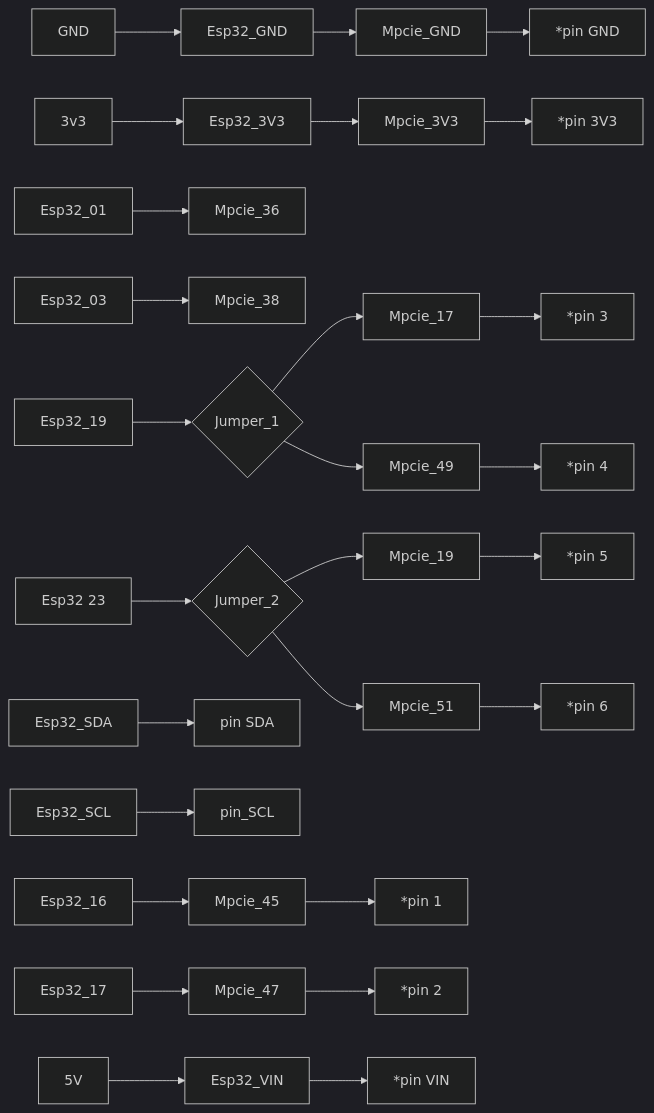
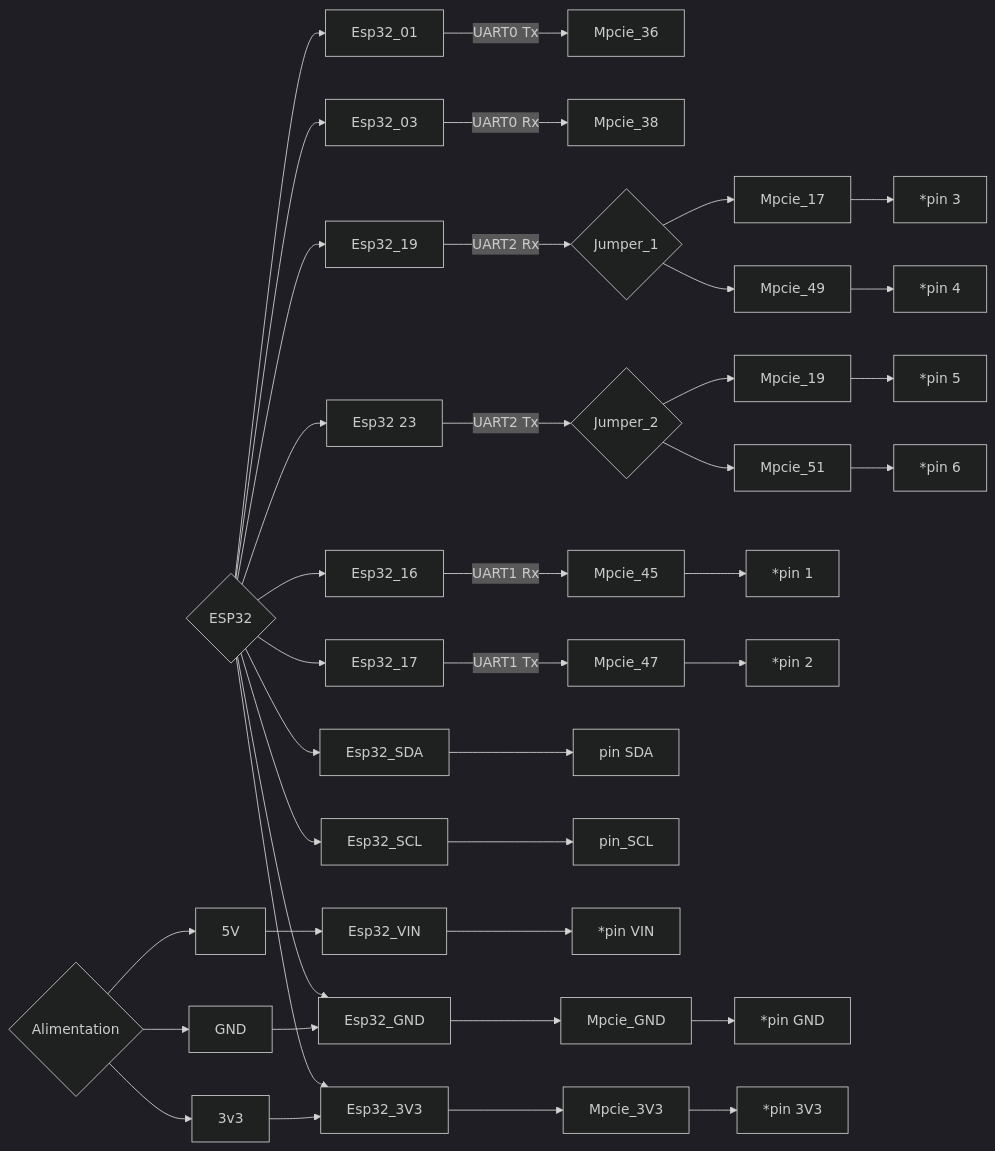
Before and after one commit to jancelin/RoverGNSS_RTK_BT_esp32_f9p: the diagram in v6/draft.md, drawn with Mermaid (dark theme).

````diff
--- a/v6/draft.md
+++ b/v6/draft.md
@@ -181,30 +181,46 @@
 ```mermaid
 flowchart LR
-    01[Esp32_01] --> 21[Mpcie_36]
-    02[Esp32_03] --> 22[Mpcie_38]
-    03[Esp32_16] --> 23[Mpcie_45]
+    00{ESP32}
+    00 --> 01
+    00 --> 02
+    00 --> 03
+    00 --> 04
+    00 --> 05
+    00 --> 06
+    00 --> 07
+    00 --> 08
+    00 --> 09
+    00 --> 10
+    01[Esp32_01] -->|UART0 Tx| 21[Mpcie_36]
+    02[Esp32_03] -->|UART0 Rx| 22[Mpcie_38]
+    03[Esp32_16] -->|UART1 Rx| 23[Mpcie_45]
     23 --> 41[*pin 1]
-    04[Esp32_17] --> 24[Mpcie_47]
+    04[Esp32_17] -->|UART1 Tx| 24[Mpcie_47]
     24 --> 42[*pin 2]
-    05[Esp32_19] --> 60{Jumper_1}
+    05[Esp32_19] -->|UART2 Rx| 60{Jumper_1}
     60 --> 25[Mpcie_17]
     60 --> 26[Mpcie_49]
     25 --> 43[*pin 3]
     26 --> 44[*pin 4]
-    06[Esp32 23] --> 62{Jumper_2}
+    06[Esp32 23] -->|UART2 Tx| 62{Jumper_2}
     62 --> 27[Mpcie_19]
     62 --> 28[Mpcie_51]
     27 --> 45[*pin 5]
     28 --> 46[*pin 6]
     07[Esp32_SDA] --> 47[pin SDA]
     08[Esp32_SCL] --> 48[pin_SCL]
     09[Esp32_GND] --> 29[Mpcie_GND]
     29 --> 49[*pin GND]
-    9[Esp32_3V3] --> 30[Mpcie_3V3]
+    10[Esp32_3V3] --> 30[Mpcie_3V3]
     30 --> 50[*pin 3V3]
-    10[Esp32_VIN] --> 51[*pin VIN]
-    70[5V] --> 10
-    71[GND] --> 09
-    72[3v3] --> 9
+    11[Esp32_VIN] --> 51[*pin VIN]
+    70{Alimentation}
+    70 --> 71
+    70 --> 72
+    70 --> 73
+    71[5V] --> 11
+    72[GND] --> 09
+    73[3v3] --> 10
+    
 
 ```
````
